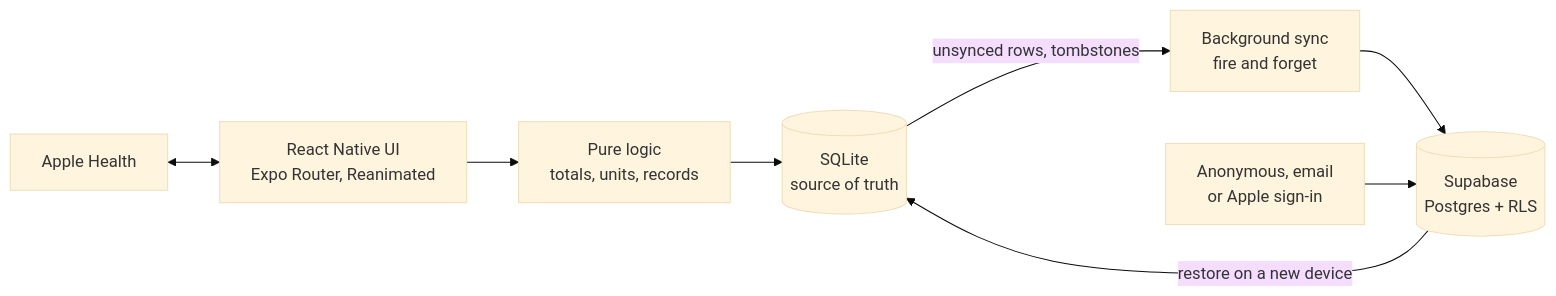
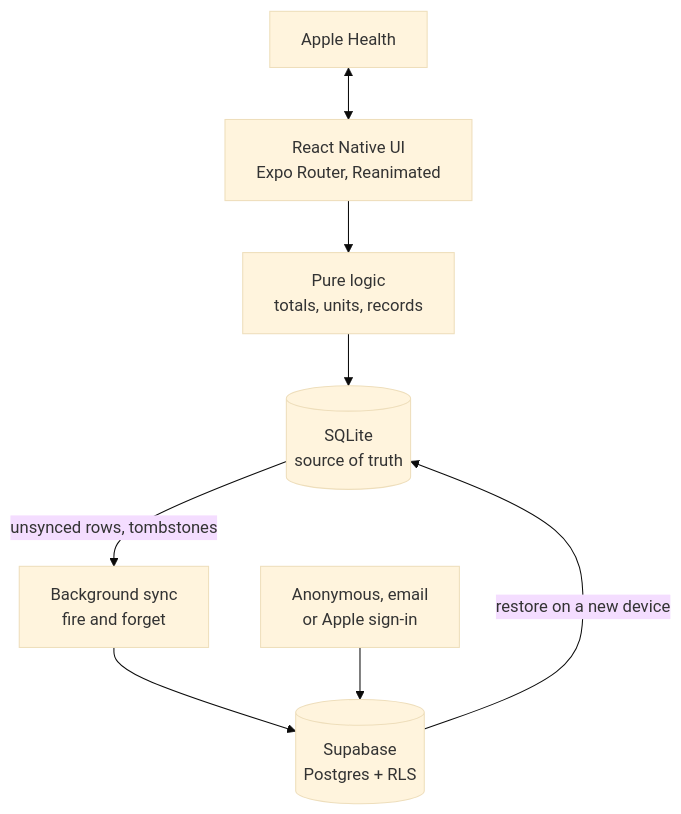
The diagram in README.md (nyntim/BinoFit), drawn with Mermaid (base theme) before and after one commit.

Commit message:
Lay the architecture diagram out top to bottom

````diff
--- a/README.md
+++ b/README.md
@@ -119,10 +119,10 @@
 ```mermaid
-flowchart LR
+flowchart TB
     UI["React Native UI<br/>Expo Router, Reanimated"] --> Logic["Pure logic<br/>totals, units, records"]
     Logic --> DB[("SQLite<br/>source of truth")]
     DB -- "unsynced rows, tombstones" --> Sync["Background sync<br/>fire and forget"]
     Sync --> Cloud[("Supabase<br/>Postgres + RLS")]
     Cloud -- "restore on a new device" --> DB
     Auth["Anonymous, email<br/>or Apple sign-in"] --> Cloud
     Health["Apple Health"] <--> UI
 ```
````
